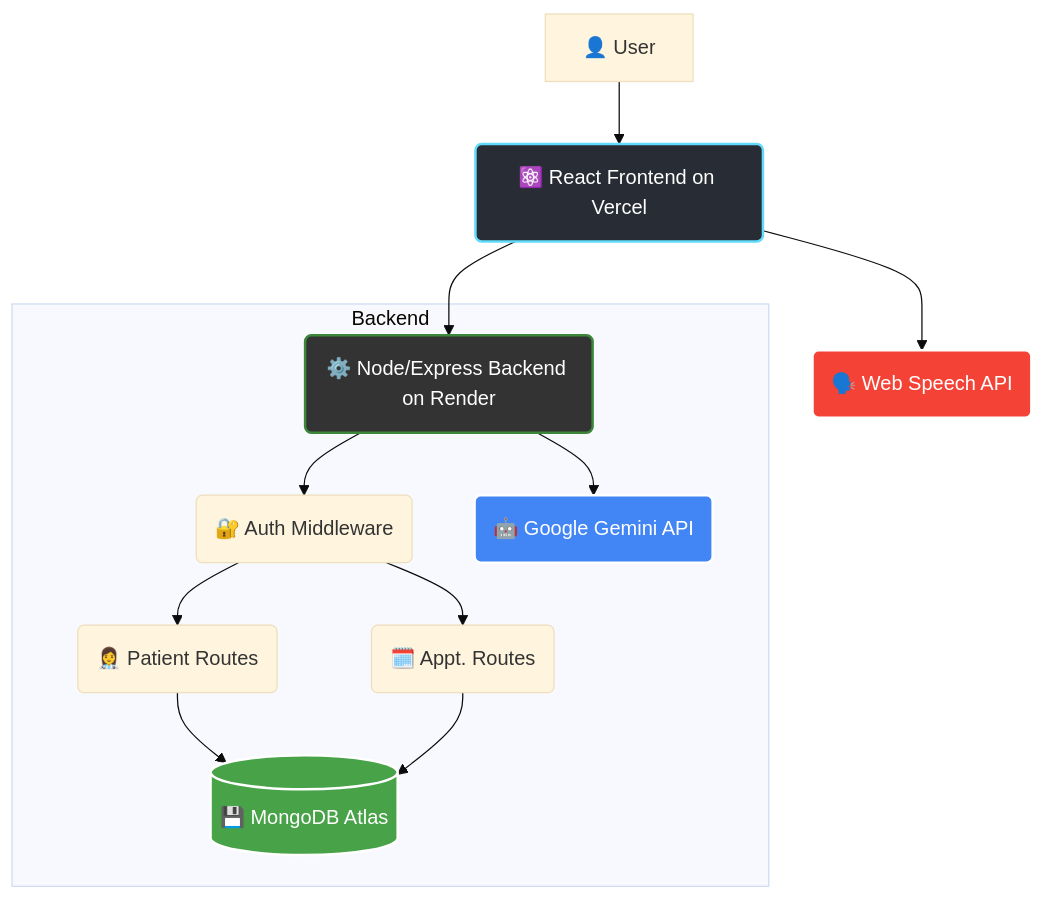
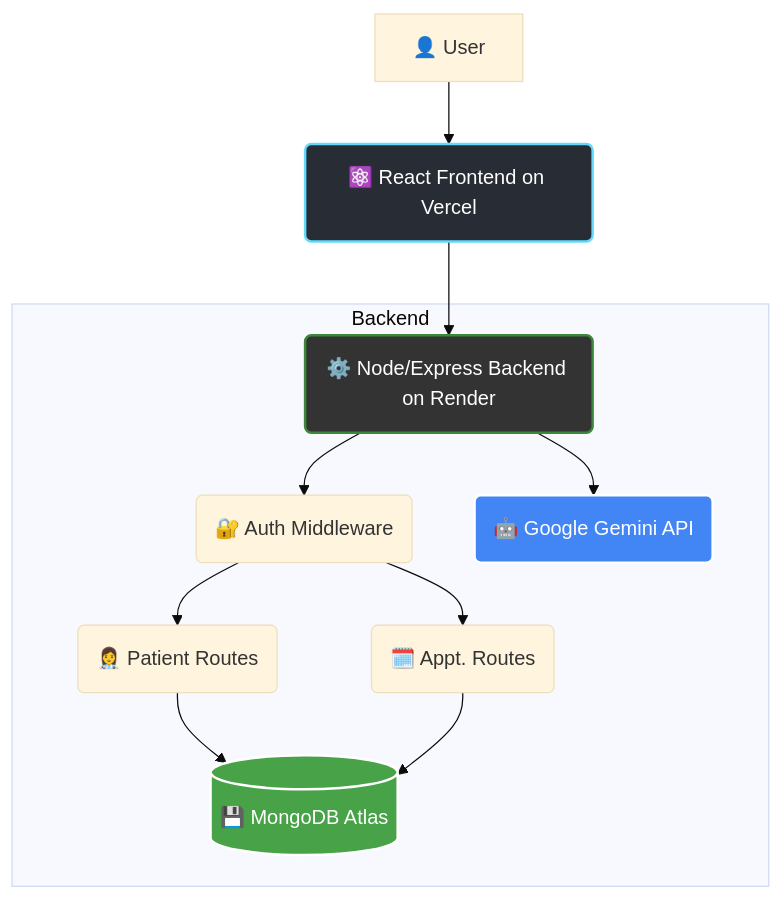
Before and after one commit to Sankalpa-01/NerveConnect: the diagram in README.md, drawn with Mermaid (base theme).

Commit message:
Updated README file

````diff
--- a/README.md
+++ b/README.md
@@ -41,21 +41,21 @@
 ```mermaid
 graph TD
     User[👤 User] --> FE(⚛️ React Frontend on Vercel);
     FE --> BE(⚙️ Node/Express Backend on Render);
-    FE --> VAPI(🗣️ Web Speech API);
+    
     
     subgraph Backend
         BE --> Auth(🔐 Auth Middleware);
         Auth --> Patients(👩‍⚕️ Patient Routes);
         Auth --> Appts(🗓️ Appt. Routes);
         BE --> Gemini(🤖 Google Gemini API);
         Patients --> DB[(💾 MongoDB Atlas)];
         Appts --> DB[(💾 MongoDB Atlas)];
     end
 
     style FE fill:#282c34,stroke:#61DAFB,stroke-width:2px,color:#fff;
     style BE fill:#333,stroke:#3C873A,stroke-width:2px,color:#fff;
     style DB fill:#47A248,stroke:#fff,stroke-width:2px,color:#fff;
     style Gemini fill:#4285F4,stroke:#fff,stroke-width:2px,color:#fff;
-    style VAPI fill:#f44336,stroke:#fff,stroke-width:2px,color:#fff;
+
 ```
````
